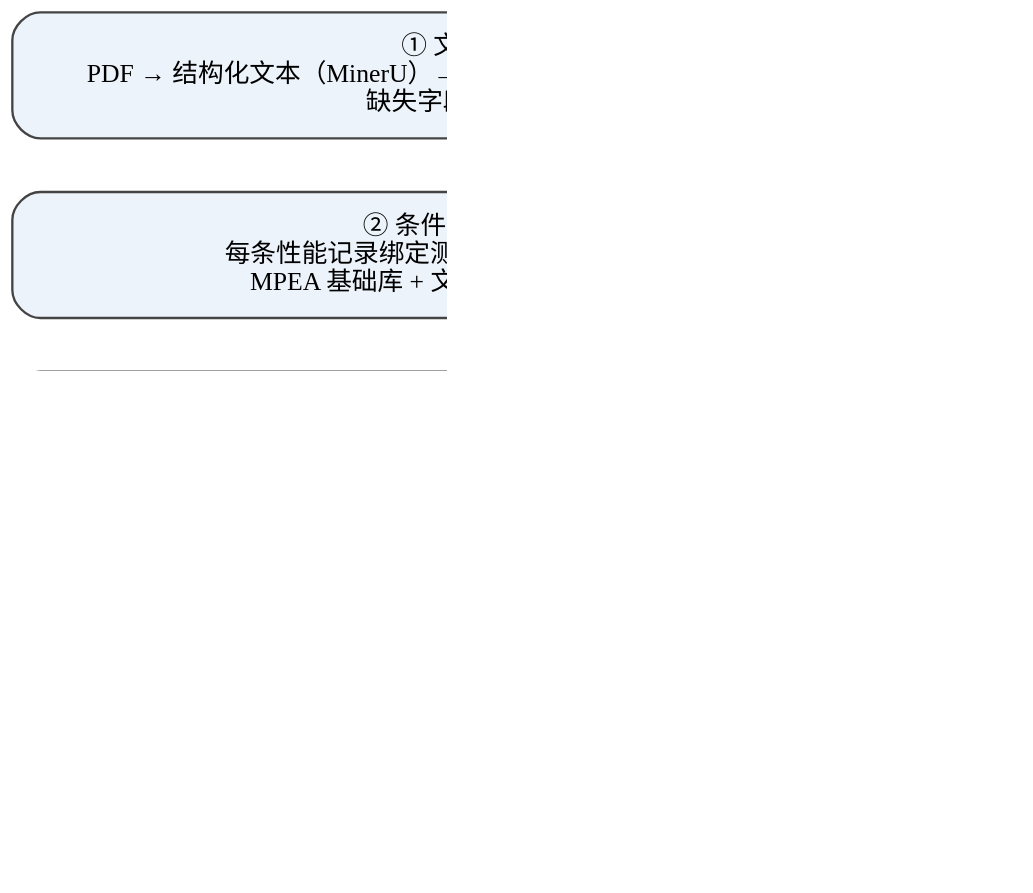
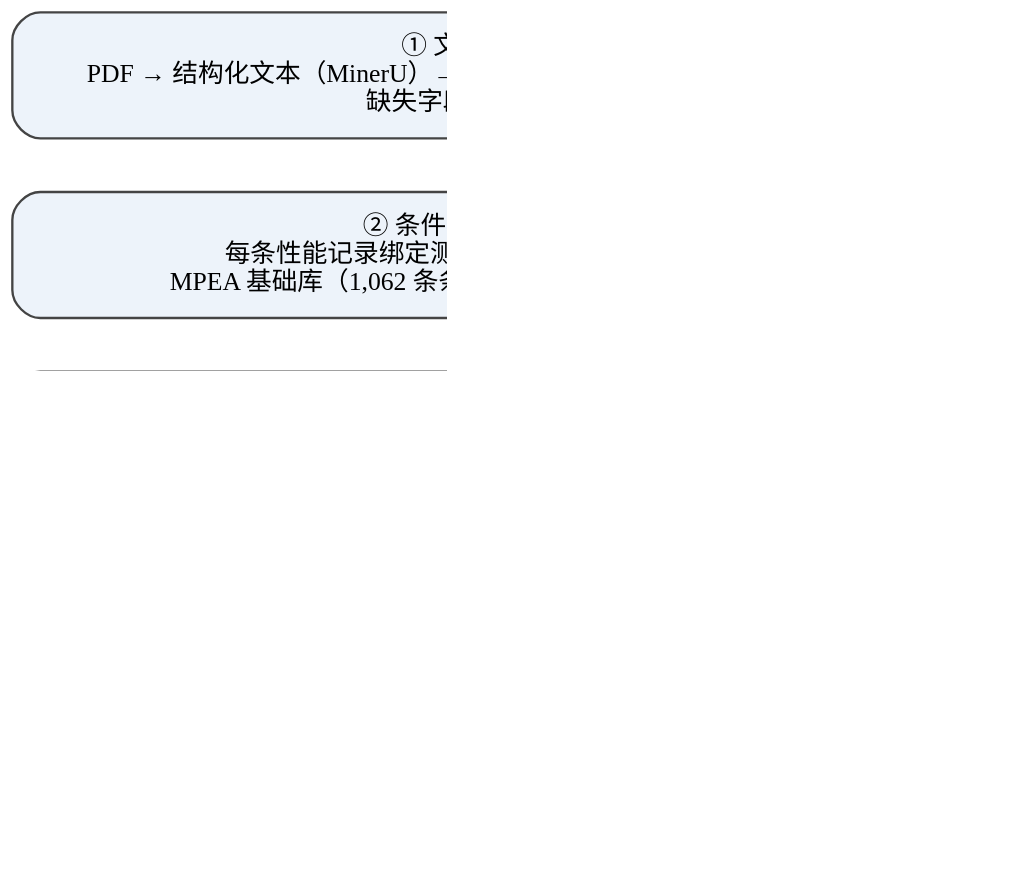
Before and after one commit to ywb-git/my-paper: the diagram in 开题报告_领域小模型蒸馏与知识增强/V4_范本对齐_2026-10-26/技术路线.dot, drawn with Graphviz. The commit also changed 3 other files, not shown here.

```diff
--- a/开题报告_领域小模型蒸馏与知识增强/V4_范本对齐_2026-10-26/技术路线.dot
+++ b/开题报告_领域小模型蒸馏与知识增强/V4_范本对齐_2026-10-26/技术路线.dot
@@ -1,12 +1,12 @@
 digraph G {
   graph [rankdir=TB, bgcolor="white", nodesep=0.3, ranksep=0.32, dpi=180];
   node [shape=box, style="rounded,filled", fontname="SimSun", fontsize=11,
         fillcolor="#FFFFFF", color="#444444", margin="0.2,0.13", width=6.5];
   edge [color="#555555", arrowsize=0.7];
   a [label="① 文献解析与条件字段抽取\nPDF → 结构化文本（MinerU）→ 抽取成分、性能、测试温度、制备工艺、试验类型\n缺失字段标注为未知，不默认填充", fillcolor="#EDF3FA"];
-  b [label="② 条件元组绑定与本地知识库构建\n每条性能记录绑定测试温度、制备工艺、试验类型三类条件\nMPEA 基础库 + 文献补充库，统一记录结构与来源标识", fillcolor="#EDF3FA"];
-  c [label="③ 条件感知检索（研究内容一）\n按语义与条件召回候选 → 规则判定相符／冲突／未知\n规则可判定约 89%＋7%，冲突样本占约 58%", fillcolor="#F2F7EE"];
-  d [label="④ 条件冲突处置与答案生成（研究内容二）\n规则处置基线 vs 小模型处置（经过程示范蒸馏）\n相符作直接支持／冲突降级或排除／未知标注不确定\n答案强制标注所依据记录的条件", fillcolor="#FBF3EC"];
-  e [label="⑤ 评估与归因\n分问题类型答案正确率；按有无干扰项分层增益\n错误三类归因：检索未命中／条件误用／生成错误\nOracle 设置分离检索、条件处理、生成三环节", fillcolor="#EFEFEF", penwidth=1.5];
+  b [label="② 条件元组绑定与本地知识库构建\n每条性能记录绑定测试温度、制备工艺、试验类型三类条件\nMPEA 基础库（1,062 条条件完整记录）+ 文献补充库，统一来源标识", fillcolor="#EDF3FA"];
+  c [label="③ 条件感知检索（创新点一）\n按语义与条件召回候选 → 规则判定相符／冲突／未知\n已知冲突候选 5,881 对（另 1,571 对为缺失，不计入冲突）", fillcolor="#F2F7EE"];
+  d [label="④ 条件处置与答案生成（创新点二）\n规则弱标签（仅标注起点）＋ 人工核验确定最终处置\n教师示范逐项说明：哪个槽位冲突、问题意图为何、证据承担何角色\n小模型经过程示范蒸馏后补位 → 答案按正确性判定", fillcolor="#FBF3EC"];
+  e [label="⑤ 评估与归因\n答案正确率（条件敏感／无关分组）；正确性与标注完整性分开计分\n同题受控加减干扰度量条件处理的作用；有／无干扰分层作机制线索\n错误三类归因、Oracle 设置分离检索与生成环节", fillcolor="#EFEFEF", penwidth=1.5];
   a -> b -> c -> d -> e;
 }
```
